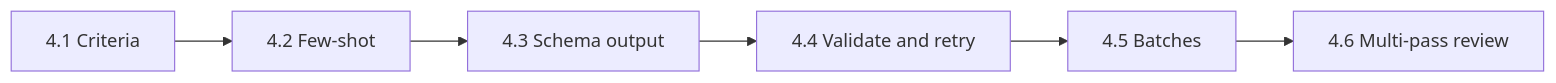
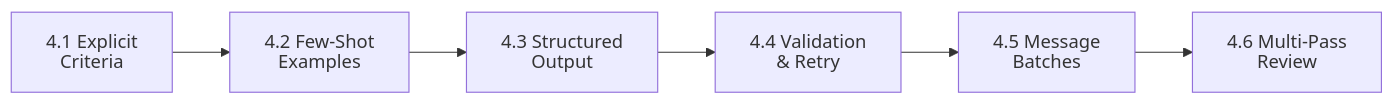
Before and after one commit to dip4k/claude_cert_architect_foundation_prep: the second of 3 diagrams in domain4/README.md, drawn with Mermaid. The commit also changed other lines of this file and 56 other files, not shown here.

Commit message:
docs: improve beginner clarity, flow, Mermaid compliance across domains and expand EXAM_REFRESHER to all 30 TS

````diff
--- a/domain4/README.md
+++ b/domain4/README.md
@@ -44,8 +46,12 @@
 ```mermaid
 ---
 config:
   htmlLabels: false
 ---
 flowchart LR
-    T1["4.1 Criteria"] --> T2["4.2 Few-shot"] --> T3["4.3 Schema output"] --> T4["4.4 Validate and retry"] --> T5["4.5 Batches"] --> T6["4.6 Multi-pass review"]
+    T1["4.1 Explicit<br>Criteria"] --> T2["4.2 Few-Shot<br>Examples"]
+    T2 --> T3["4.3 Structured<br>Output"]
+    T3 --> T4["4.4 Validation<br>& Retry"]
+    T4 --> T5["4.5 Message<br>Batches"]
+    T5 --> T6["4.6 Multi-Pass<br>Review"]
 ```
````
